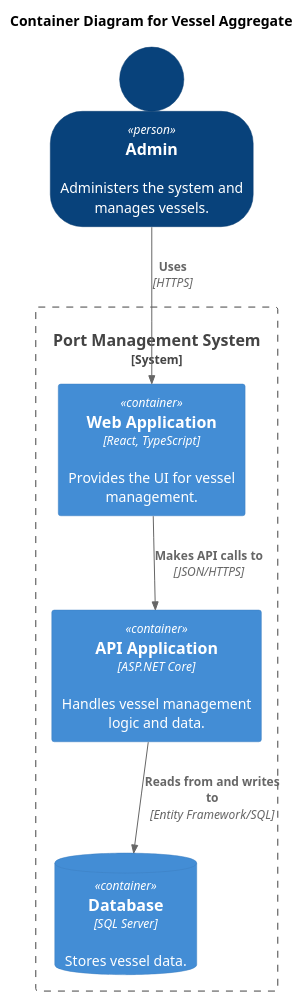
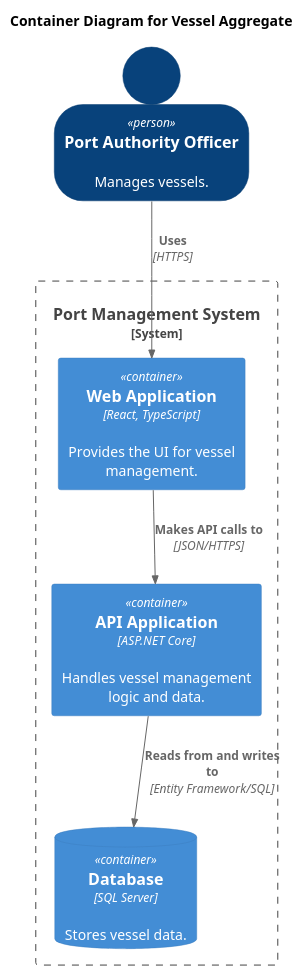
One commit to igor-coutinho22/Port_Management_System changed the diagram in docs/C4Diagrams/Aggregates/Vessel/2_Container.puml. Above: the diagram before and after it, drawn with PlantUML. The commit also changed 10 other files, not shown here.

Commit message:
fixes in C4 diagrams names

```diff
--- a/docs/C4Diagrams/Aggregates/Vessel/2_Container.puml
+++ b/docs/C4Diagrams/Aggregates/Vessel/2_Container.puml
@@ -1,20 +1,20 @@
 @startuml
 !include https://raw.githubusercontent.com/plantuml-stdlib/C4-PlantUML/master/C4_Container.puml
 
 SHOW_PERSON_OUTLINE()
 
 title Container Diagram for Vessel Aggregate
 
-Person(admin, "Admin", "Administers the system and manages vessels.")
+Person(officer, "Port Authority Officer", "Manages vessels.")
 
 System_Boundary(c1, "Port Management System") {
     Container(webApp, "Web Application", "React, TypeScript", "Provides the UI for vessel management.")
     Container(api, "API Application", "ASP.NET Core", "Handles vessel management logic and data.")
     ContainerDb(database, "Database", "SQL Server", "Stores vessel data.")
 }
 
-Rel(admin, webApp, "Uses", "HTTPS")
+Rel(officer, webApp, "Uses", "HTTPS")
 Rel(webApp, api, "Makes API calls to", "JSON/HTTPS")
 Rel(api, database, "Reads from and writes to", "Entity Framework/SQL")
 
 @enduml
```
